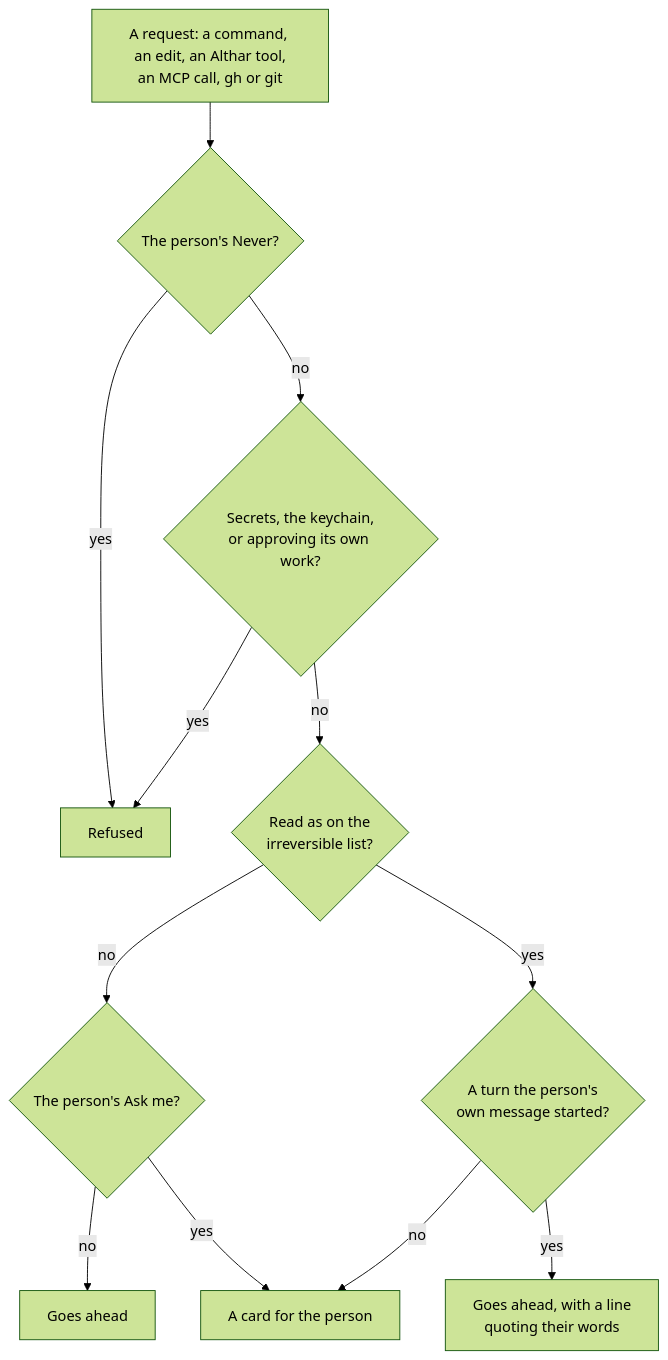
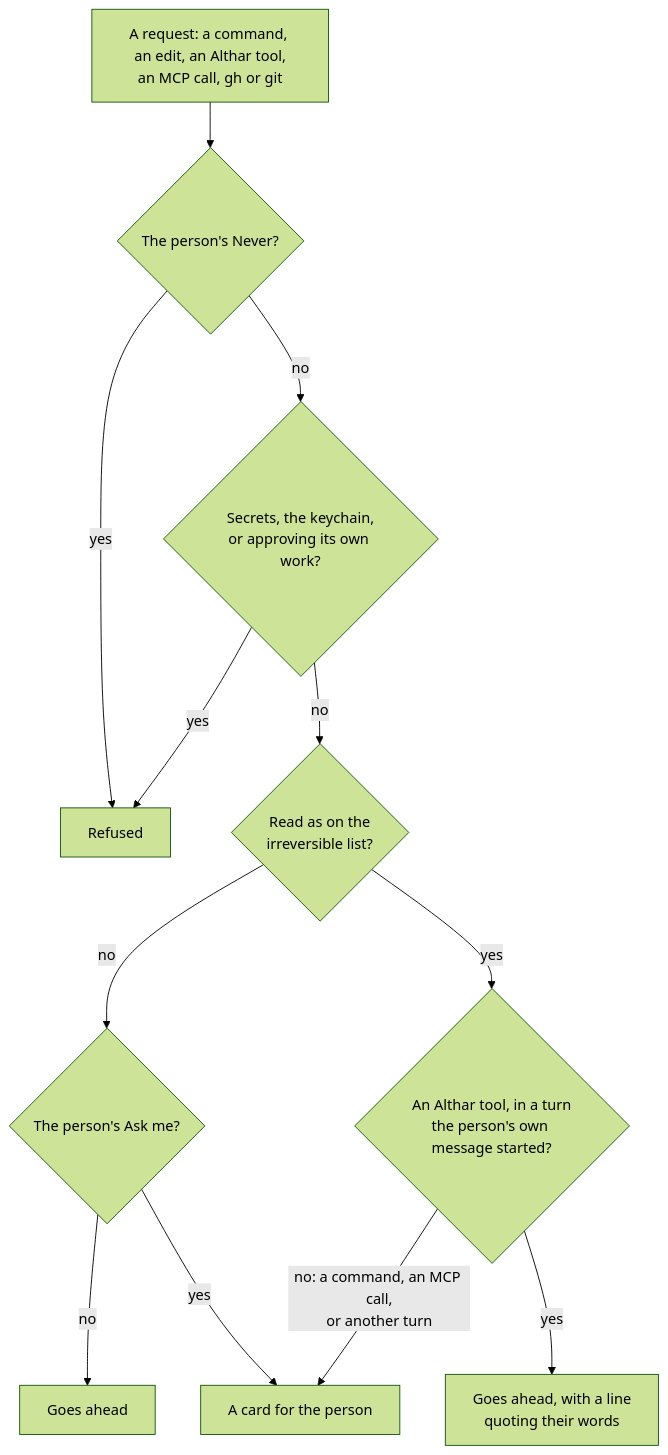
Before and after one commit to AltharIDE/althar: the diagram in docs/decisions/097-agents-work-as-the-person-s-own-and-only-what-can-t-be-undone-asks.md, drawn with Mermaid (forest theme). The commit also changed other lines of this file and 11 other files, not shown here.

First line of the commit message:
Architecture, glossary and the plan follow ADR-097

````diff
--- a/docs/decisions/097-agents-work-as-the-person-s-own-and-only-what-can-t-be-undone-asks.md
+++ b/docs/decisions/097-agents-work-as-the-person-s-own-and-only-what-can-t-be-undone-asks.md
@@ -207,14 +214,14 @@
 ```mermaid
 flowchart TB
     R["A request: a command, an edit, an Althar tool,<br/>an MCP call, gh or git"] --> N{"The person's Never?"}
     N -->|yes| X["Refused"]
     N -->|no| S{"Secrets, the keychain,<br/>or approving its own work?"}
     S -->|yes| X
     S -->|no| I{"Read as on the<br/>irreversible list?"}
     I -->|no| A{"The person's Ask me?"}
     A -->|no| G["Goes ahead"]
     A -->|yes| C
-    I -->|yes| W{"A turn the person's<br/>own message started?"}
+    I -->|yes| W{"An Althar tool, in a turn<br/>the person's own message started?"}
     W -->|yes| G2["Goes ahead, with a line<br/>quoting their words"]
-    W -->|no| C["A card for the person"]
+    W -->|"no: a command, an MCP call,<br/>or another turn"| C["A card for the person"]
 ```
````
